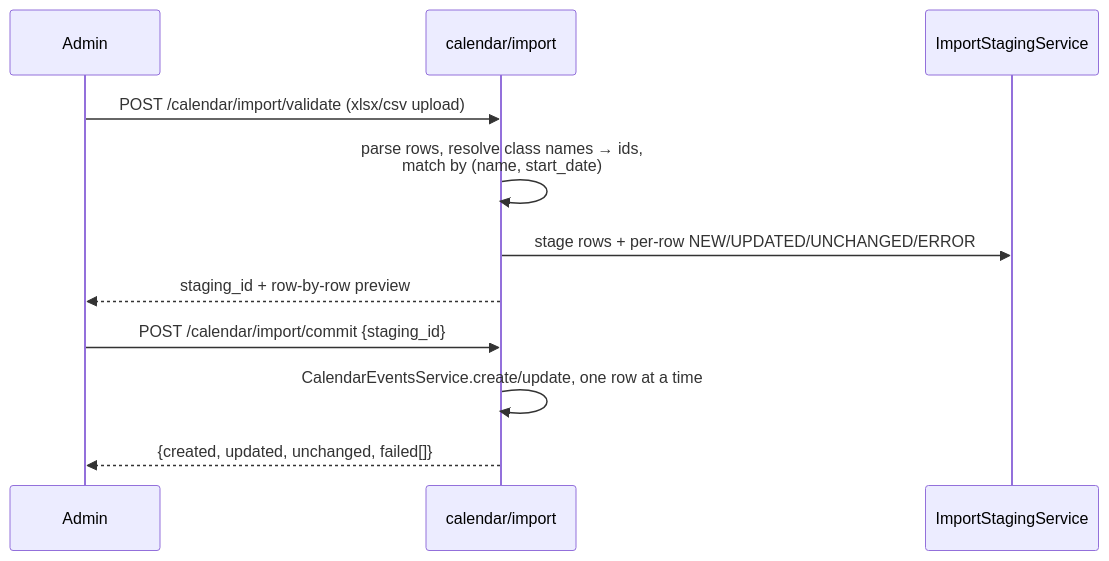
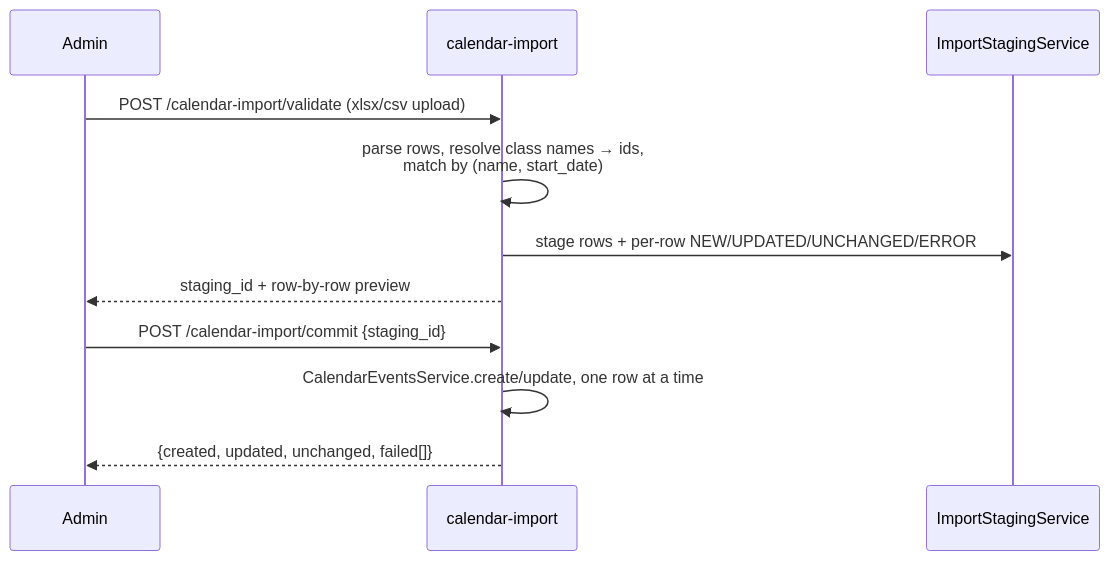
The third of 5 diagrams in docs/architecture/16-academic-calendar.md (tareq89/biddaloy), drawn with Mermaid before and after one commit. The commit also changed 10 other files, not shown here.

````diff
--- a/docs/architecture/16-academic-calendar.md
+++ b/docs/architecture/16-academic-calendar.md
@@ -113,15 +113,15 @@
 ```mermaid
 sequenceDiagram
     participant Admin
-    participant API as calendar/import
+    participant API as calendar-import
     participant Staging as ImportStagingService
 
-    Admin->>API: POST /calendar/import/validate (xlsx/csv upload)
+    Admin->>API: POST /calendar-import/validate (xlsx/csv upload)
     API->>API: parse rows, resolve class names → ids,<br/>match by (name, start_date)
     API->>Staging: stage rows + per-row NEW/UPDATED/UNCHANGED/ERROR
     API-->>Admin: staging_id + row-by-row preview
 
-    Admin->>API: POST /calendar/import/commit {staging_id}
+    Admin->>API: POST /calendar-import/commit {staging_id}
     API->>API: CalendarEventsService.create/update, one row at a time
     API-->>Admin: {created, updated, unchanged, failed[]}
 ```
````
